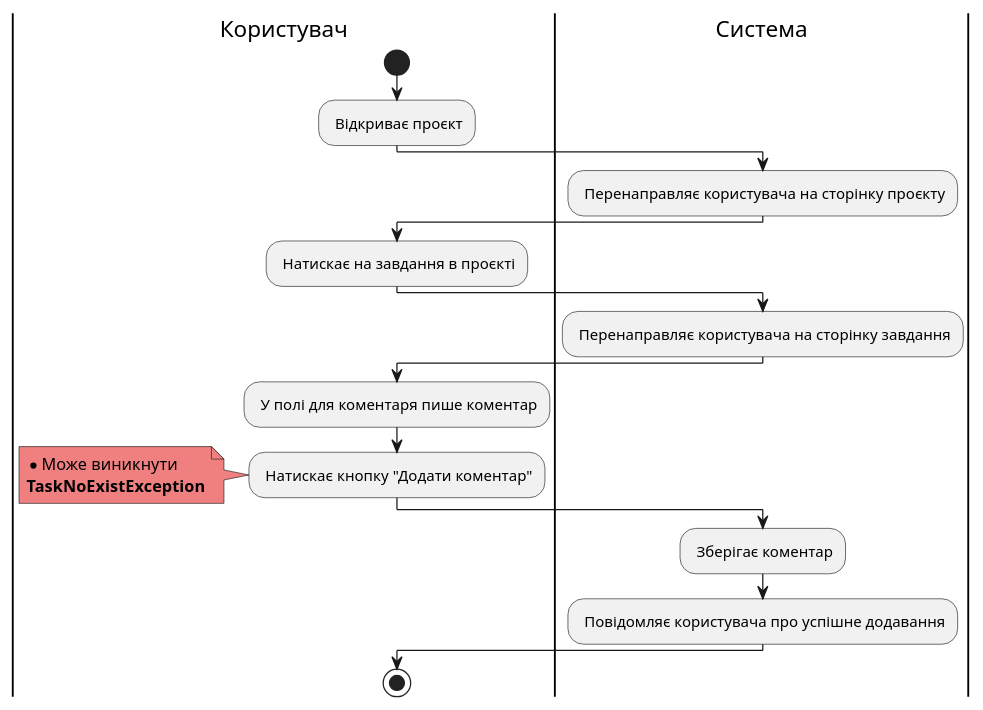
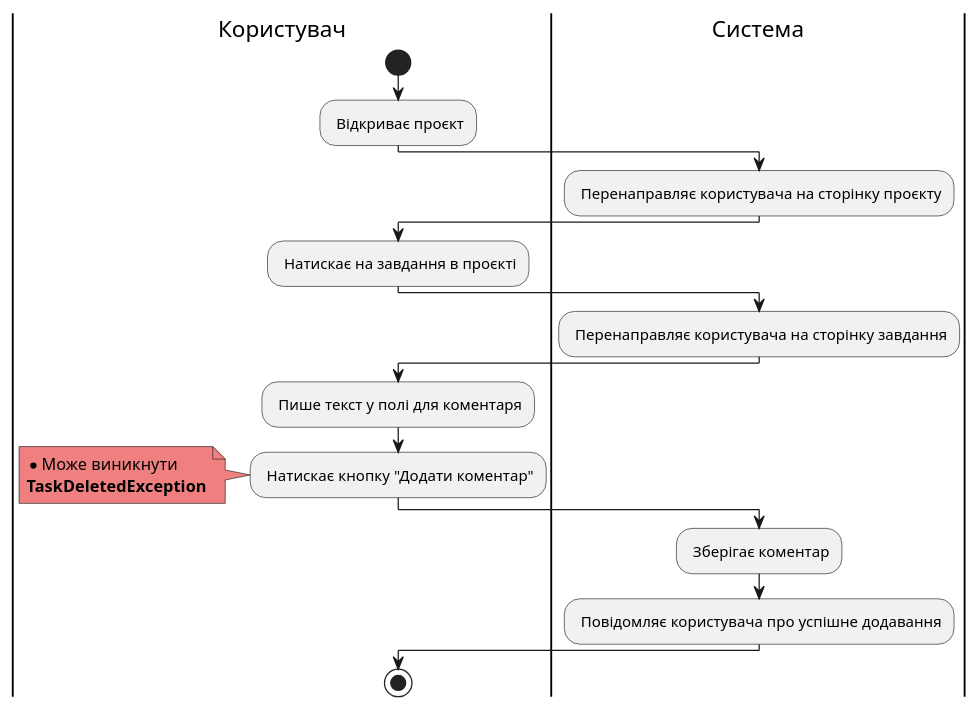
The fifth of 6 diagrams in docs/use cases/README.md (samoilenkomariia/db-coursework), drawn with PlantUML before and after one commit. The commit also changed other lines of this file, not shown here.

Commit message:
Update use cases diagrams

```diff
--- a/docs/use cases/README.md
+++ b/docs/use cases/README.md
@@ -327,31 +327,31 @@
 @startuml
     
     |Користувач|
     start;
     : Відкриває проєкт;
     
     |Система|
     : Перенаправляє користувача на сторінку проєкту;
     
     |Користувач|
     : Натискає на завдання в проєкті;
 
     |Система|
     : Перенаправляє користувача на сторінку завдання;
     
     |Користувач|
-    : У полі для коментаря пише коментар;
+    : Пише текст у полі для коментаря;
     : Натискає кнопку "Додати коментар";
     
     note left #lightcoral
         * Може виникнути
-        <b>TaskNoExistException</b>
+        <b>TaskDeletedException</b>
     end note
 
     |Система|
     : Зберігає коментар;
     : Повідомляє користувача про успішне додавання;
 
     |Користувач|
         stop;
 @enduml
```
